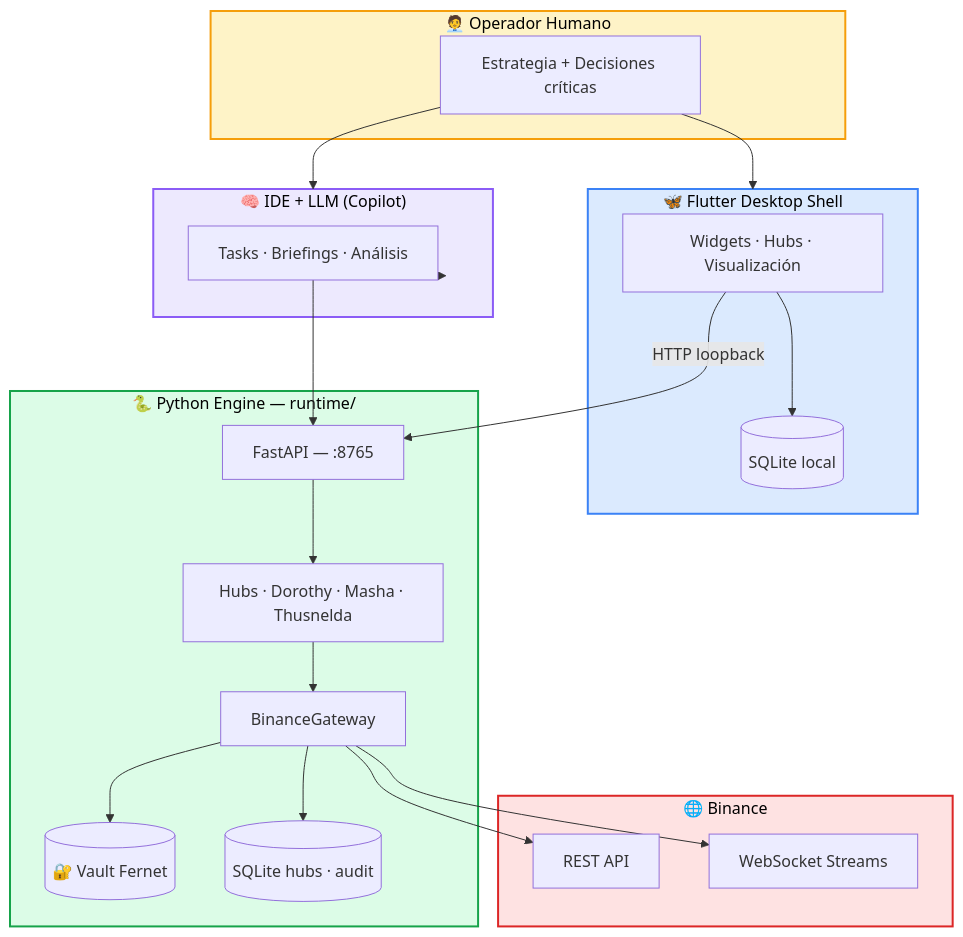
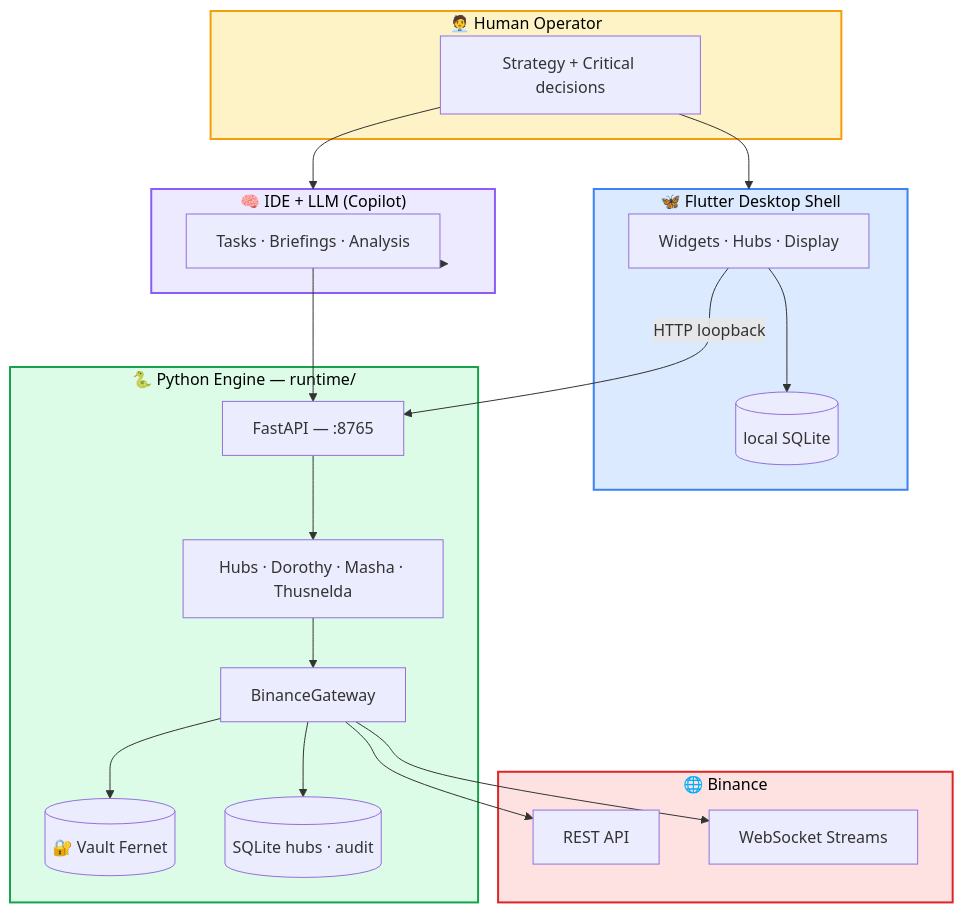
The first of 2 diagrams in wiki/Home.md (CuevazaArt/Pecunator-AccuMonetas), drawn with Mermaid before and after one commit. The commit also changed other lines of this file and 8 other files, not shown here.

````diff
--- a/wiki/Home.md
+++ b/wiki/Home.md
@@ -111,47 +111,47 @@
 ```mermaid
 flowchart TB
-    subgraph OP["🧑‍💼 Operador Humano"]
-        H[Estrategia + Decisiones críticas]
+    subgraph OP["🧑‍💼 Human Operator"]
+        H[Strategy + Critical decisions]
     end
 
-    subgraph LLM["🧠 IDE + LLM (Copilot)"]
-        T[Tasks · Briefings · Análisis]
+subgraph LLM["🧠 IDE + LLM (Copilot)"]
+        T[Tasks · Briefings · Analysis]
     end
 
-    subgraph DART["🦋 Flutter Desktop Shell"]
-        UI[Widgets · Hubs · Visualización]
-        DB1[(SQLite local)]
+subgraph DART["🦋 Flutter Desktop Shell"]
+        UI[Widgets · Hubs · Display]
+        DB1[(local SQLite)]
     end
 
-    subgraph PY["🐍 Python Engine — runtime/"]
+subgraph PY["🐍 Python Engine — runtime/"]
         API[FastAPI — :8765]
         BOTS[Hubs · Dorothy · Masha · Thusnelda]
         GW[BinanceGateway]
         V[(🔐 Vault Fernet)]
         DB2[(SQLite hubs · audit)]
     end
 
-    subgraph EXT["🌐 Binance"]
+subgraph EXT["🌐 Binance"]
         REST[REST API]
         WS[WebSocket Streams]
     end
 
-    H --> LLM
+H --> LLM
     H --> DART
     LLM --> T
     T --> API
     UI -->|HTTP loopback| API
     UI --> DB1
     API --> BOTS
     BOTS --> GW
     GW --> V
     GW --> DB2
     GW --> REST
     GW --> WS
 
-    style OP fill:#fef3c7,stroke:#f59e0b,stroke-width:2px,color:#000
+style OP fill:#fef3c7,stroke:#f59e0b,stroke-width:2px,color:#000
     style LLM fill:#ede9fe,stroke:#8b5cf6,stroke-width:2px,color:#000
     style DART fill:#dbeafe,stroke:#3b82f6,stroke-width:2px,color:#000
     style PY fill:#dcfce7,stroke:#16a34a,stroke-width:2px,color:#000
     style EXT fill:#fee2e2,stroke:#dc2626,stroke-width:2px,color:#000
 ```
````
